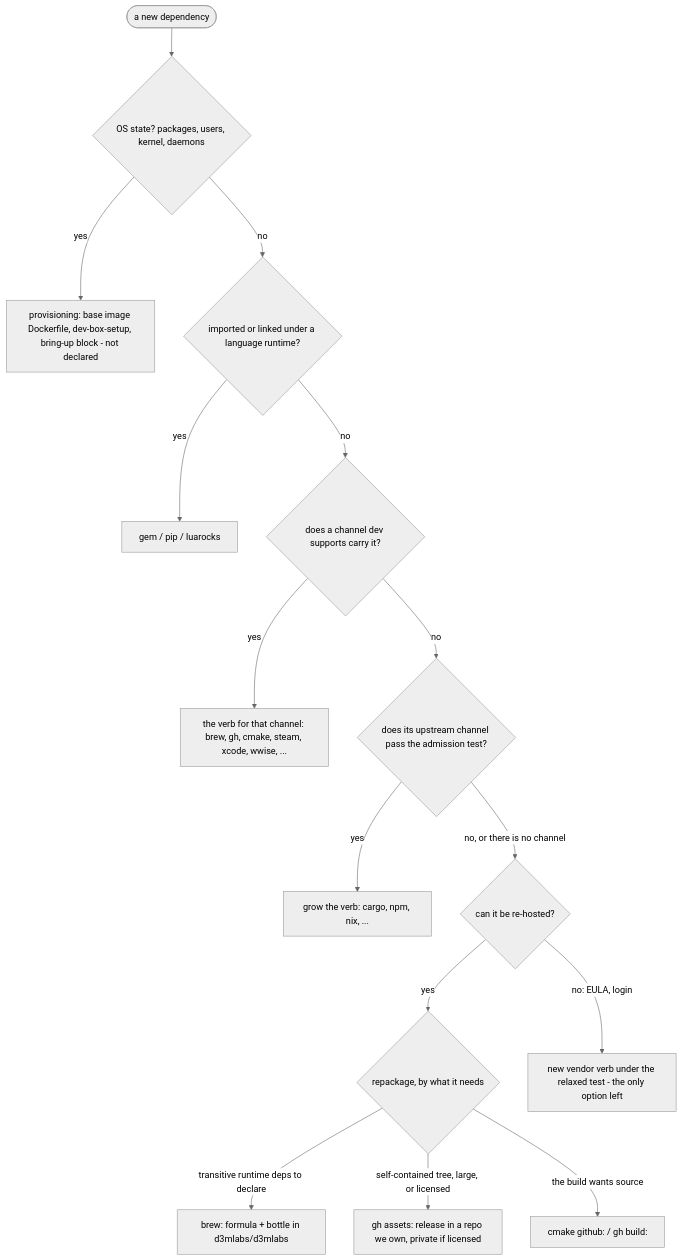
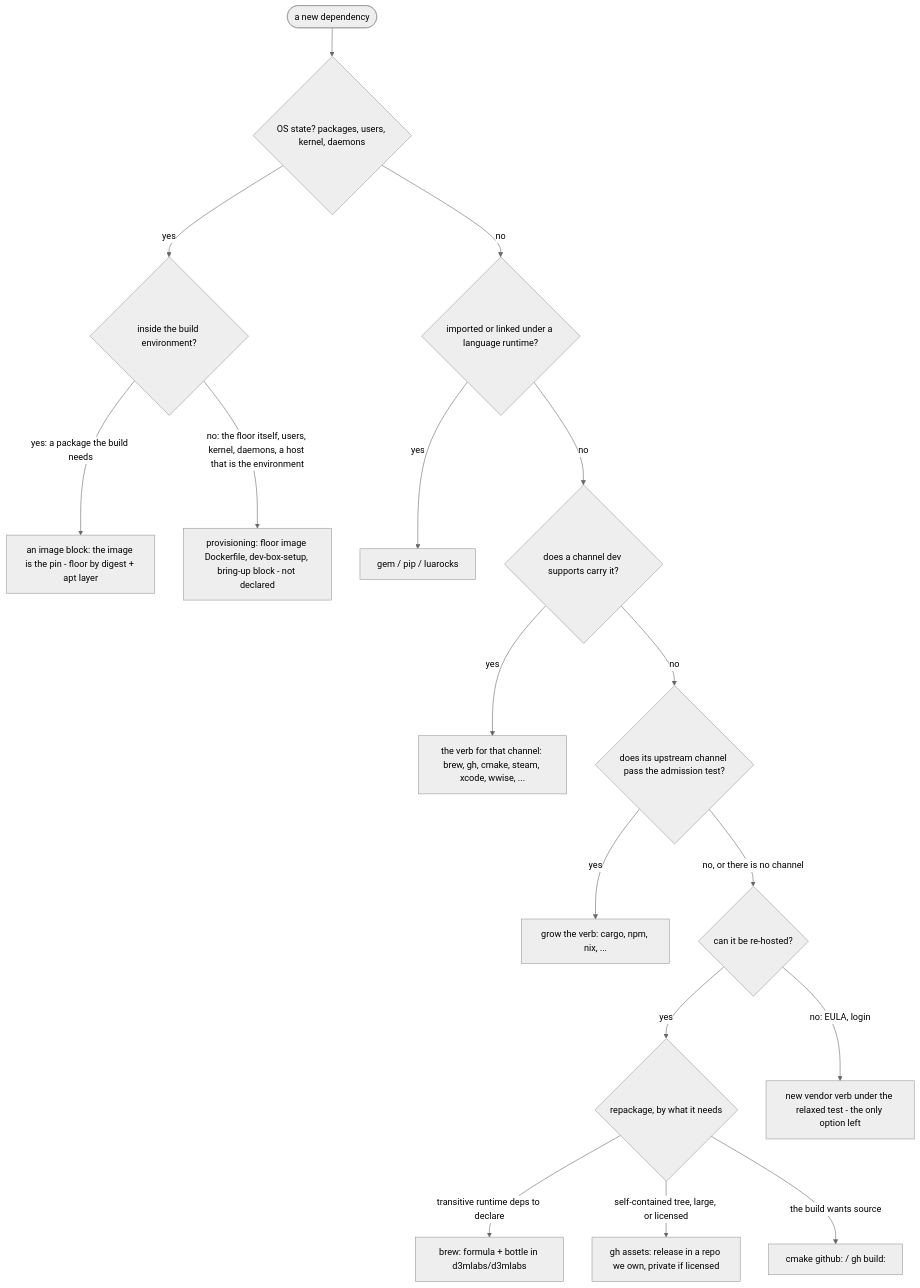
One commit to d3mlabs/dev changed the first of 2 diagrams in docs/deps-channels.md. Above: the diagram before and after it, drawn with Mermaid (neutral theme). The commit also changed other lines of this file and 3 other files, not shown here.

First line of the commit message:
Docs: the image is the pin (ADR-0010 note, channel flowchart, README, config)

````diff
--- a/docs/deps-channels.md
+++ b/docs/deps-channels.md
@@ -17,17 +17,19 @@
 ```mermaid
 flowchart TD
   start([a new dependency]) --> os{OS state? packages, users, kernel, daemons}
-  os -->|yes| prov["provisioning: base image Dockerfile, dev-box-setup, bring-up block - not declared"]
+  os -->|yes| inimg{inside the build environment?}
+  inimg -->|"yes: a package the build needs"| img["an image block: the image is the pin - floor by digest + apt layer"]
+  inimg -->|"no: the floor itself, users, kernel, daemons, a host that is the environment"| prov["provisioning: floor image Dockerfile, dev-box-setup, bring-up block - not declared"]
   os -->|no| lang{imported or linked under a language runtime?}
   lang -->|yes| eco["gem / pip / luarocks"]
   lang -->|no| sup{does a channel dev supports carry it?}
   sup -->|yes| match["the verb for that channel: brew, gh, cmake, steam, xcode, wwise, ..."]
   sup -->|no| adm{does its upstream channel pass the admission test?}
   adm -->|yes| grow["grow the verb: cargo, npm, nix, ..."]
   adm -->|"no, or there is no channel"| rehost{can it be re-hosted?}
   rehost -->|yes| trig{repackage, by what it needs}
   trig -->|"transitive runtime deps to declare"| brewOwn["brew: formula + bottle in d3mlabs/d3mlabs"]
   trig -->|"self-contained tree, large, or licensed"| ghOwn["gh assets: release in a repo we own, private if licensed"]
   trig -->|"the build wants source"| src["cmake github: / gh build:"]
   rehost -->|"no: EULA, login"| vendor["new vendor verb under the relaxed test - the only option left"]
 ```
````
